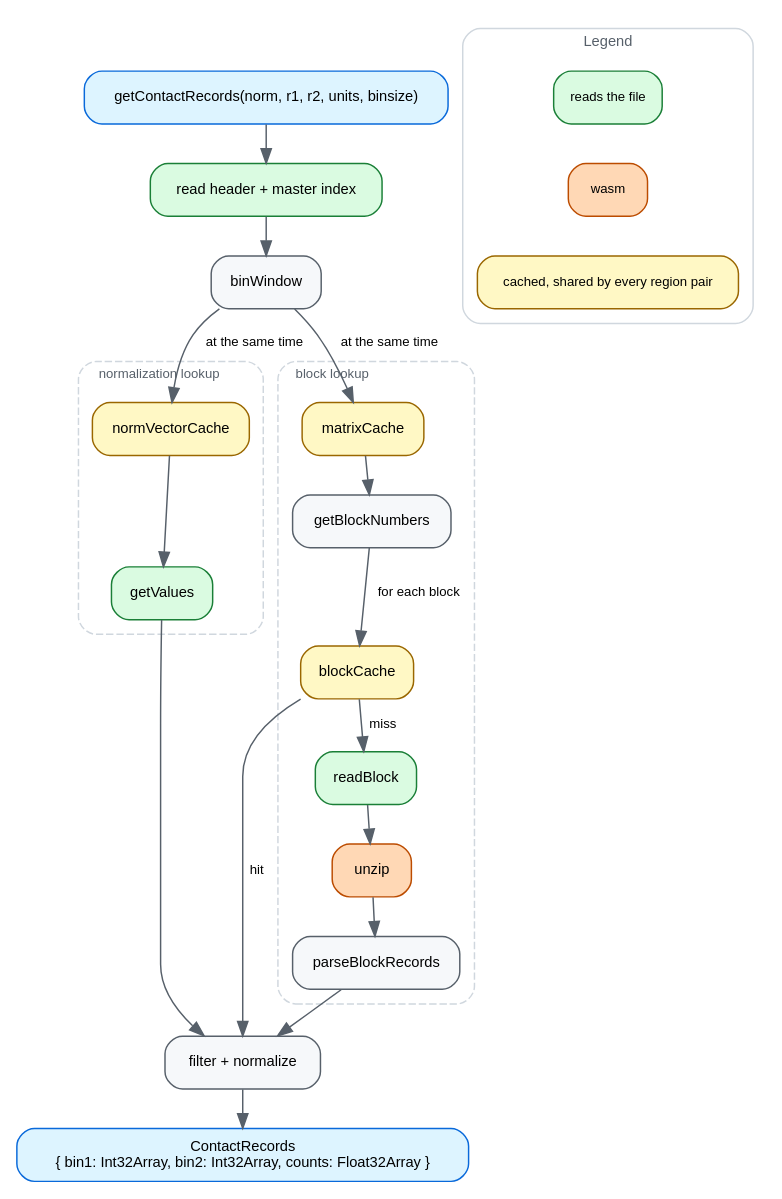
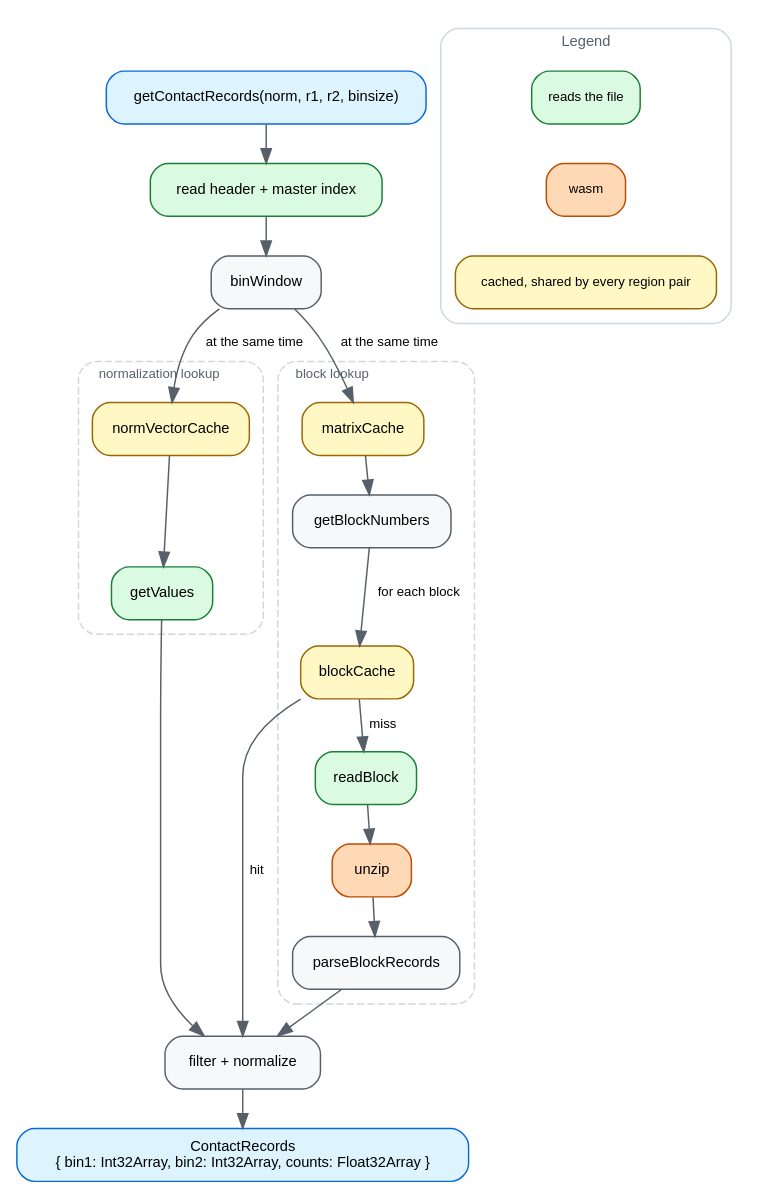
One commit to GMOD/hic changed the diagram in docs/img/dataflow.dot. Above: the diagram before and after it, drawn with Graphviz. The commit also changed 18 other files, not shown here.

```diff
--- a/docs/img/dataflow.dot
+++ b/docs/img/dataflow.dot
@@ -1,107 +1,107 @@
 // Source for docs/img/dataflow.svg, which docs/dataflow.md embeds.
 // Regenerate with: dot -Tsvg docs/img/dataflow.dot -o docs/img/dataflow.svg
 //
 // Deliberately the MAIN PATH only — the pre-v9 walk for the norm vector index,
 // the per-vector value cache and the block encodings are described in
 // dataflow.md instead. A diagram that shows every branch stops being the thing
 // you look at first. Each node names the cache or function doing the work;
 // dataflow.md defines the `.hic` vocabulary — matrix, block, vector — above
 // the diagram.
 //
 // Every label says what the step DOES first and names the code second, in the
 // small grey line under it. The audience arriving at a dataflow picture is
 // usually meeting `.hic` vocabulary for the first time — matrix, block, vector —
 // and a spine of bare function names asks them to know the code before the
 // picture can teach them anything. dataflow.md defines those three words just
 // above the diagram.
 //
 // SYNC: ~/src/gmod/bam-js/docs/img/dataflow.dot — same palette and spine;
 // ~/src/gmod/tabix-js and ~/src/gmod/cram-js share them too. Three deliberate
 // divergences: the two-line labels above (the siblings label with the function
 // name alone), and one legend entry missing rather than restyled: no purple,
 // since there is no worker pool. The clusters are what hic adds — cram
 // also uses one, but for what moves to a worker; here they are the two chains a
 // pair runs concurrently, which is the shape of the read path.
 // ~/src/gmod/gbz-base-js/docs/img/dataflow.dot is the fifth, and drops two
 // legend entries rather than restyling them: nothing there is wasm and nothing
 // leaves the main thread. Its cluster is the storage layer every I/O step reads
 // through, drawn connected to nothing — the edges to it buried the spine.
 digraph hicjs {
   rankdir=TB
   newrank=true
   bgcolor="white"
   nodesep=0.3
   ranksep=0.36
   node [shape=box style="filled,rounded" fillcolor="#f6f8fa" color="#57606a"
         fontname="Helvetica" fontsize=10 margin="0.14,0.07"]
   edge [color="#57606a" fontname="Helvetica" fontsize=9]
 
-  query [label="getContactRecords(norm, r1, r2, units, binsize)" fillcolor="#ddf4ff" color="#0969da"]
+  query [label="getContactRecords(norm, r1, r2, binsize)" fillcolor="#ddf4ff" color="#0969da"]
   init  [label="read header + master index" fillcolor="#dafbe1" color="#1a7f37"]
   win   [label="binWindow"]
 
   subgraph cluster_norm {
     label="normalization lookup"
     labeljust="l"
     fontname="Helvetica" fontsize=9 fontcolor="#57606a" color="#d0d7de"
     style="rounded,dashed"
     margin=10
 
     nvcache [label="normVectorCache" fillcolor="#fff8c5" color="#9a6700"]
     nvvals  [label="getValues" fillcolor="#dafbe1" color="#1a7f37"]
   }
 
   subgraph cluster_blocks {
     label="block lookup"
     labeljust="l"
     fontname="Helvetica" fontsize=9 fontcolor="#57606a" color="#d0d7de"
     style="rounded,dashed"
     margin=10
 
     matcache [label="matrixCache" fillcolor="#fff8c5" color="#9a6700"]
     blknums  [label="getBlockNumbers"]
     blkcache [label="blockCache" fillcolor="#fff8c5" color="#9a6700"]
     readblk  [label="readBlock" fillcolor="#dafbe1" color="#1a7f37"]
     unzip    [label="unzip" fillcolor="#ffd8b5" color="#bc4c00"]
     parse    [label="parseBlockRecords"]
   }
 
   filter [label="filter + normalize"]
   out    [label="ContactRecords\n{ bin1: Int32Array, bin2: Int32Array, counts: Float32Array }" fillcolor="#ddf4ff" color="#0969da"]
 
   query -> init
   init  -> win
 
   win -> nvcache  [label=" at the same time "]
   win -> matcache [label=" at the same time "]
   { rank=same; nvcache; matcache }
 
   nvcache -> nvvals
   nvvals  -> filter
 
   matcache -> blknums
   blknums  -> blkcache [label=" for each block "]
   blkcache -> readblk [label=" miss "]
   blkcache -> filter  [label=" hit "]
   readblk  -> unzip
   unzip    -> parse
   parse    -> filter
 
   filter -> out
 
   subgraph cluster_legend {
     label="Legend"
     labelloc="t"
     fontname="Helvetica"
     fontsize=10
     fontcolor="#57606a"
     color="#d0d7de"
     style="rounded"
     margin=10
     node [shape=box style="filled,rounded" fontsize=9 margin="0.1,0.04"]
     l1 [label="reads the file" fillcolor="#dafbe1" color="#1a7f37"]
     l2 [label="wasm" fillcolor="#ffd8b5" color="#bc4c00"]
     l3 [label="cached, shared by every region pair" fillcolor="#fff8c5" color="#9a6700"]
     l1 -> l2 -> l3 [style=invis]
   }
 }
```
